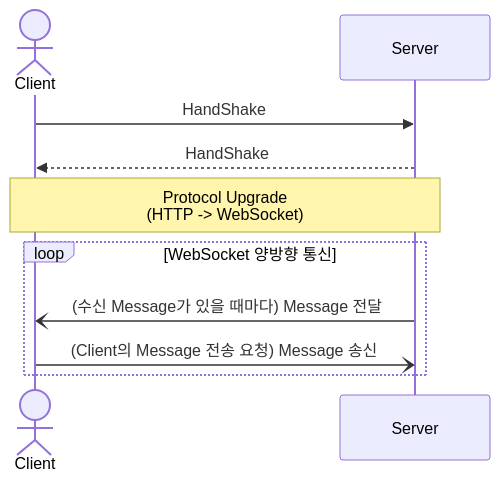
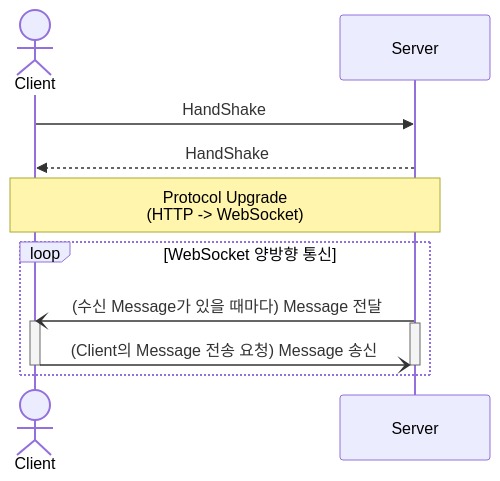
The eighth of 9 diagrams in _skills/system-design/chatting.md (choesimin/choesimin.github.io), drawn with Mermaid before and after one commit. The commit also changed 1 other file, not shown here.

````diff
--- a/_skills/system-design/chatting.md
+++ b/_skills/system-design/chatting.md
@@ -297,16 +297,20 @@
 ```mermaid
 sequenceDiagram
 
 actor c as Client
 participant s as Server
 
 c ->> s : HandShake
 s -->> c : HandShake
 
 note over c, s : Protocol Upgrade<br>(HTTP -> WebSocket)
 
 loop WebSocket 양방향 통신
     s -) c : (수신 Message가 있을 때마다) Message 전달
+    activate c
+    activate s
     c -) s : (Client의 Message 전송 요청) Message 송신
+    deactivate c
+    deactivate s
 end
 ```
````
